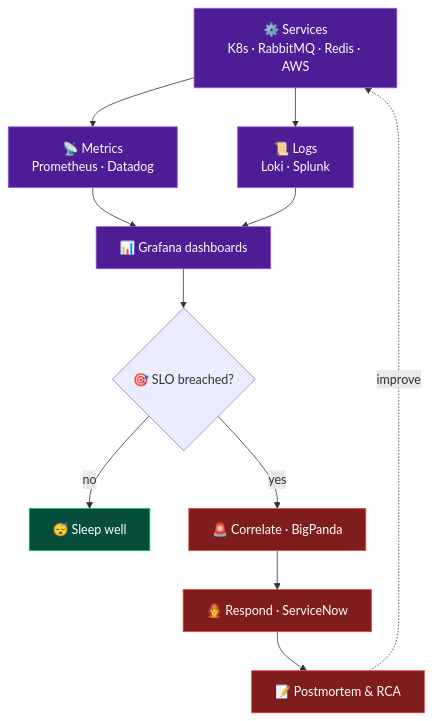
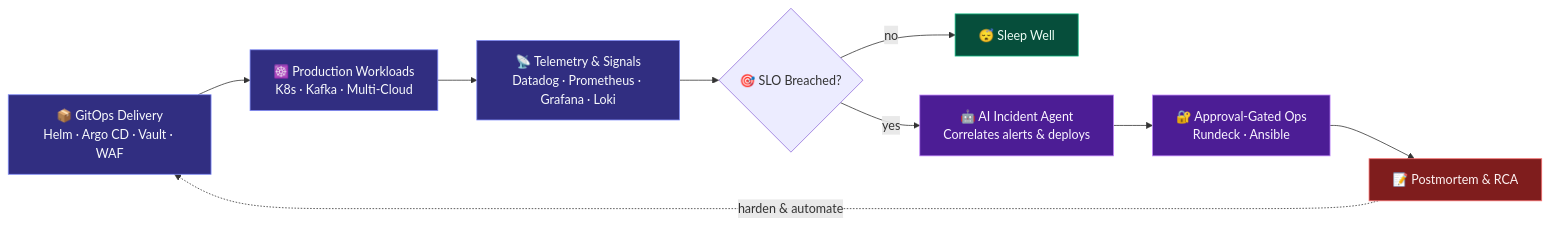
The diagram in README.md (fabianimv/FabianIMV), drawn with Mermaid before and after one commit. The commit also changed other lines of this file and 4 other files, not shown here.

````diff
--- a/README.md
+++ b/README.md
@@ -74,20 +85,20 @@
 ```mermaid
-flowchart TD
-    A["⚙️ Services<br/>K8s · RabbitMQ · Redis · AWS"] --> B["📡 Metrics<br/>Prometheus · Datadog"]
-    A --> C["📜 Logs<br/>Loki · Splunk"]
-    B --> D["📊 Grafana dashboards"]
-    C --> D
-    D --> E{"🎯 SLO breached?"}
-    E -- no --> F["😴 Sleep well"]
-    E -- yes --> G["🚨 Correlate · BigPanda"]
-    G --> H["🧑‍🚒 Respond · ServiceNow"]
-    H --> I["📝 Postmortem & RCA"]
-    I -. "improve" .-> A
+flowchart LR
+    A["📦 GitOps Delivery<br/>Helm · Argo CD · Vault · WAF"] --> B["☸️ Production Workloads<br/>K8s · Kafka · Multi-Cloud"]
+    B --> C["📡 Telemetry & Signals<br/>Datadog · Prometheus · Grafana · Loki"]
+    C --> D{"🎯 SLO Breached?"}
+    D -- no --> E["😴 Sleep Well"]
+    D -- yes --> F["🤖 AI Incident Agent<br/>Correlates alerts & deploys"]
+    F --> G["🔐 Approval-Gated Ops<br/>Rundeck · Ansible"]
+    G --> H["📝 Postmortem & RCA"]
+    H -. "harden & automate" .-> A
 
-    classDef ok fill:#064E3B,stroke:#10B981,color:#fff
-    classDef alert fill:#7F1D1D,stroke:#EF4444,color:#fff
-    classDef core fill:#4C1D95,stroke:#A855F7,color:#fff
-    class A,B,C,D core
-    class F ok
-    class G,H,I alert
+    classDef core fill:#312E81,stroke:#818CF8,color:#F8FAFC
+    classDef ok fill:#064E3B,stroke:#10B981,color:#ECFDF5
+    classDef alert fill:#7F1D1D,stroke:#F87171,color:#FEF2F2
+    classDef ai fill:#4C1D95,stroke:#C084FC,color:#FAF5FF
+    class A,B,C core
+    class E ok
+    class F,G ai
+    class H alert
 ```
````
